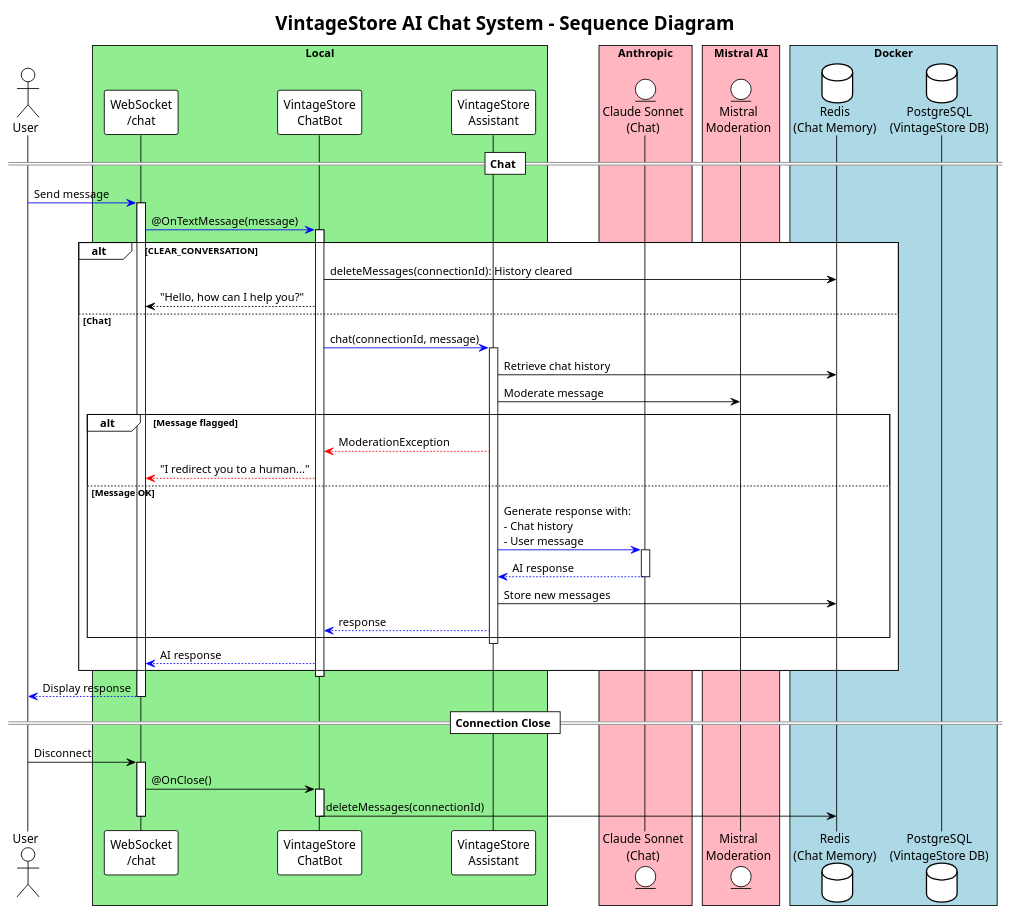
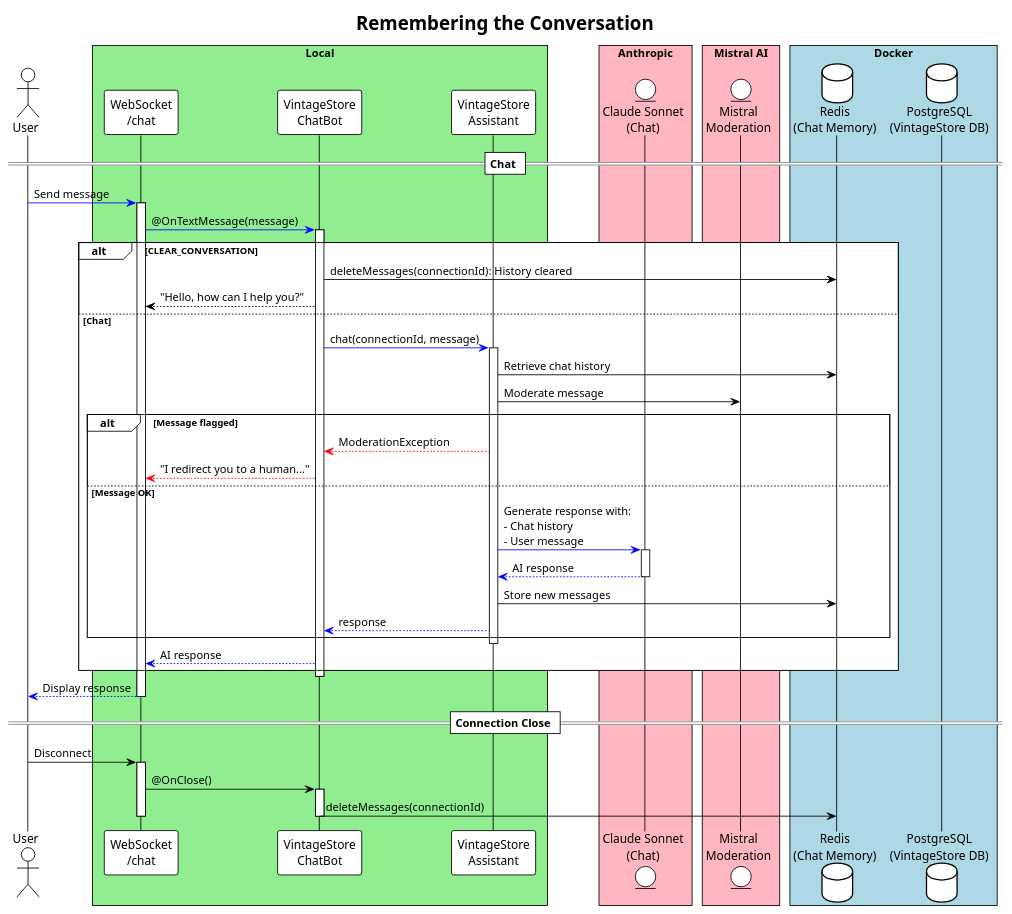
Before and after one commit to agoncal/agoncal-application-vintagestore: the diagram in docs/puml/21-redis.puml, drawn with PlantUML. The commit also changed 7 other files, not shown here.

```diff
--- a/docs/puml/21-redis.puml
+++ b/docs/puml/21-redis.puml
@@ -1,68 +1,68 @@
 @startuml
 !theme plain
-title VintageStore AI Chat System - Sequence Diagram
+title Remembering the Conversation
 
 actor User
 box "Local" #LightGreen
 participant "WebSocket\n/chat" as WS
 participant "VintageStore\nChatBot" as ChatBot
 participant "VintageStore\nAssistant" as Assistant
 end box
 box "Anthropic" #LightPink
 entity "Claude Sonnet\n(Chat)" as Anthropic
 end box
 box "Mistral AI" #LightPink
 entity "Mistral\nModeration" as Mistral
 end box
 box "Docker" #LightBlue
 database "Redis\n(Chat Memory)" as Redis
 database "PostgreSQL\n(VintageStore DB)" as PostgreSQL
 end box
 
 == Chat ==
 User -[#blue]> WS: Send message
 activate WS
 WS -[#blue]> ChatBot: @OnTextMessage(message)
 activate ChatBot
 
 alt CLEAR_CONVERSATION
     ChatBot -> Redis: deleteMessages(connectionId): History cleared
     ChatBot --> WS: "Hello, how can I help you?"
 else Chat
     ChatBot -[#blue]> Assistant: chat(connectionId, message)
     activate Assistant
     Assistant -> Redis: Retrieve chat history
     Assistant -> Mistral: Moderate message
 
     alt Message flagged
         Assistant -[#red]-> ChatBot: ModerationException
         ChatBot -[#red]-> WS: "I redirect you to a human..."
     else Message OK
 
         Assistant -[#blue]> Anthropic: Generate response with:\n- Chat history\n- User message
         activate Anthropic
         Anthropic -[#blue]-> Assistant: AI response
         deactivate Anthropic
 
         Assistant -> Redis: Store new messages
         Assistant -[#blue]-> ChatBot: response
     end
     deactivate Assistant
 
     ChatBot -[#blue]-> WS: AI response
 end
 deactivate ChatBot
 
 WS -[#blue]-> User: Display response
 deactivate WS
 
 == Connection Close ==
 User -> WS: Disconnect
 activate WS
 WS -> ChatBot: @OnClose()
 activate ChatBot
 ChatBot -> Redis: deleteMessages(connectionId)
 deactivate ChatBot
 deactivate WS
 
 @enduml
```
